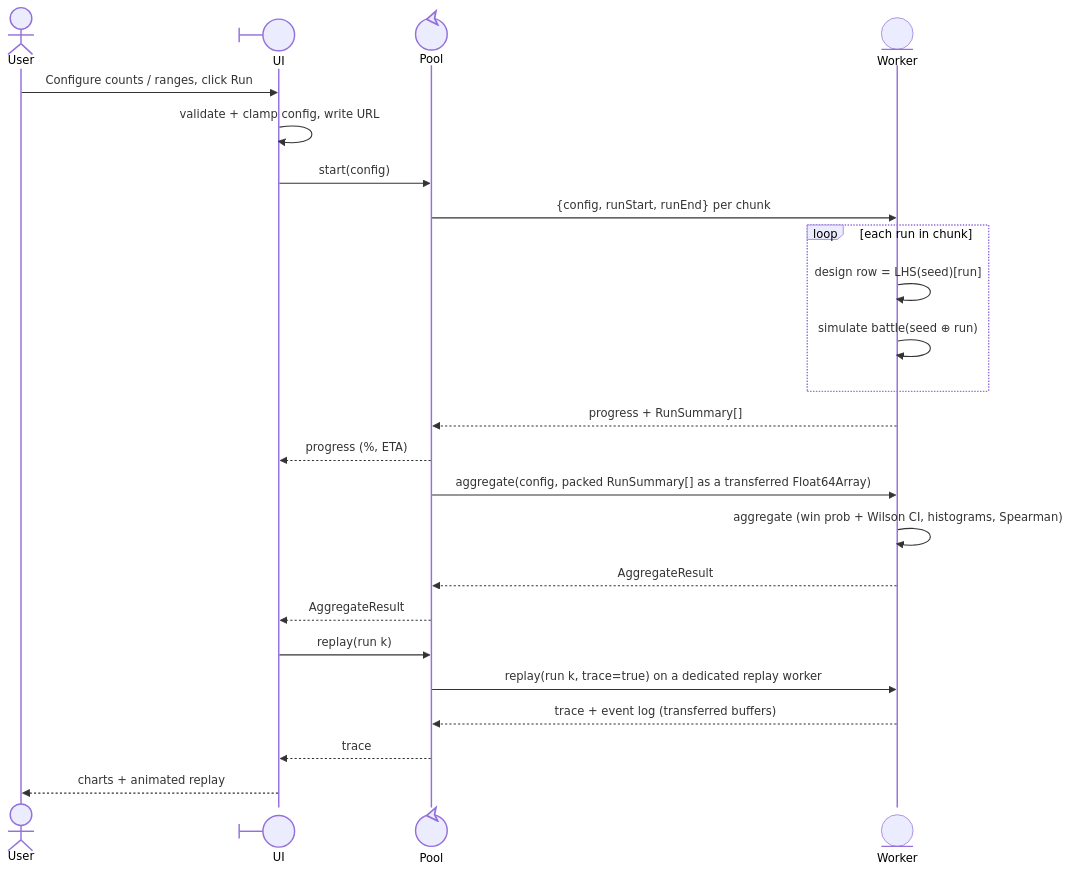
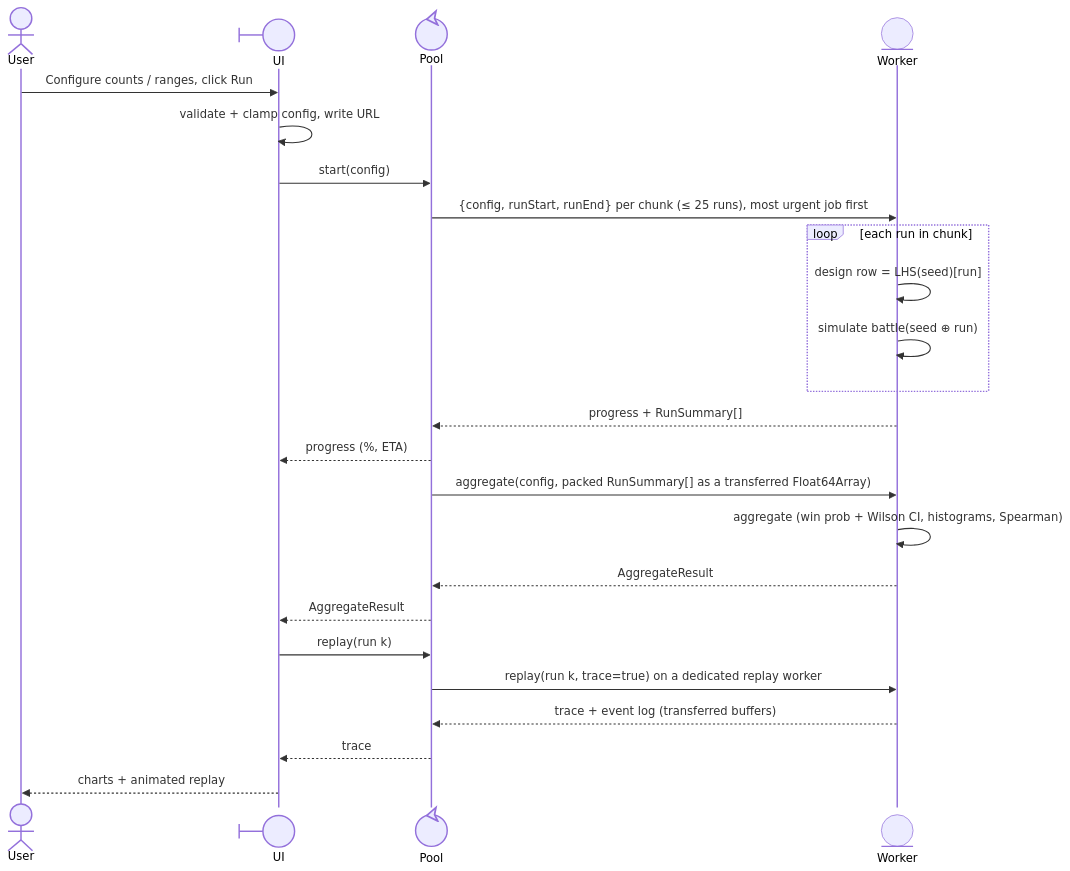
Before and after one commit to VinylStage/trex_vs_tiger_sim: the third of 6 diagrams in ARCHITECTURE.md, drawn with Mermaid. The commit also changed other lines of this file and 10 other files, not shown here.

````diff
--- a/ARCHITECTURE.md
+++ b/ARCHITECTURE.md
@@ -177,26 +177,26 @@
 ```mermaid
 sequenceDiagram
     actor User
     participant UI@{ "type": "boundary" }
     participant Pool@{ "type": "control" }
     participant Worker@{ "type": "entity" }
     User->>UI: Configure counts / ranges, click Run
     UI->>UI: validate + clamp config, write URL #s=
     UI->>Pool: start(config)
-    Pool->>Worker: {config, runStart, runEnd} per chunk
+    Pool->>Worker: {config, runStart, runEnd} per chunk (≤ 25 runs), most urgent job first
     loop each run in chunk
         Worker->>Worker: design row = LHS(seed)[run]
         Worker->>Worker: simulate battle(seed ⊕ run)
     end
     Worker-->>Pool: progress + RunSummary[]
     Pool-->>UI: progress (%, ETA)
     Pool->>Worker: aggregate(config, packed RunSummary[] as a transferred Float64Array)
     Worker->>Worker: aggregate (win prob + Wilson CI, histograms, Spearman)
     Worker-->>Pool: AggregateResult
     Pool-->>UI: AggregateResult
     UI->>Pool: replay(run k)
     Pool->>Worker: replay(run k, trace=true) on a dedicated replay worker
     Worker-->>Pool: trace + event log (transferred buffers)
     Pool-->>UI: trace
     UI-->>User: charts + animated replay
 ```
````
